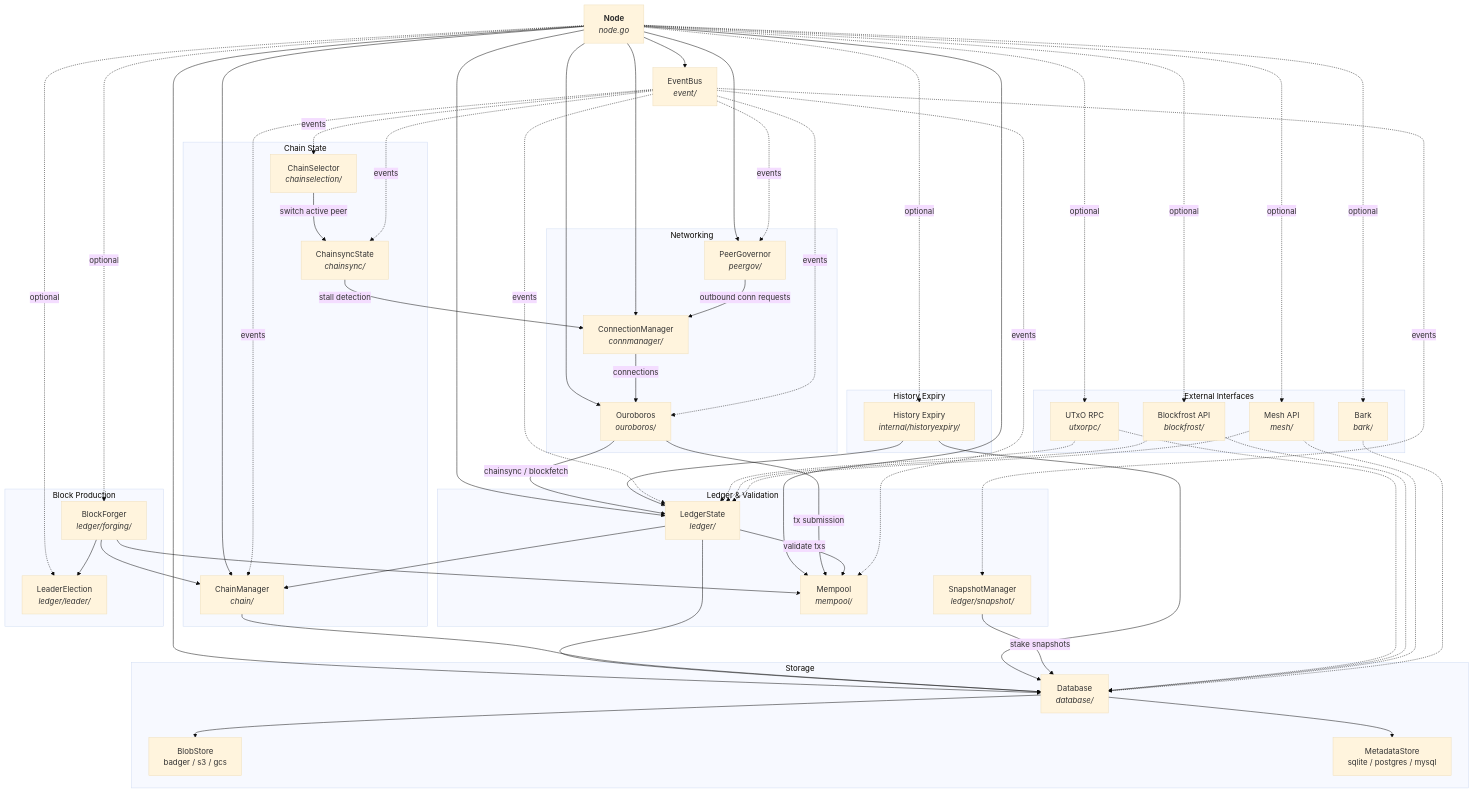
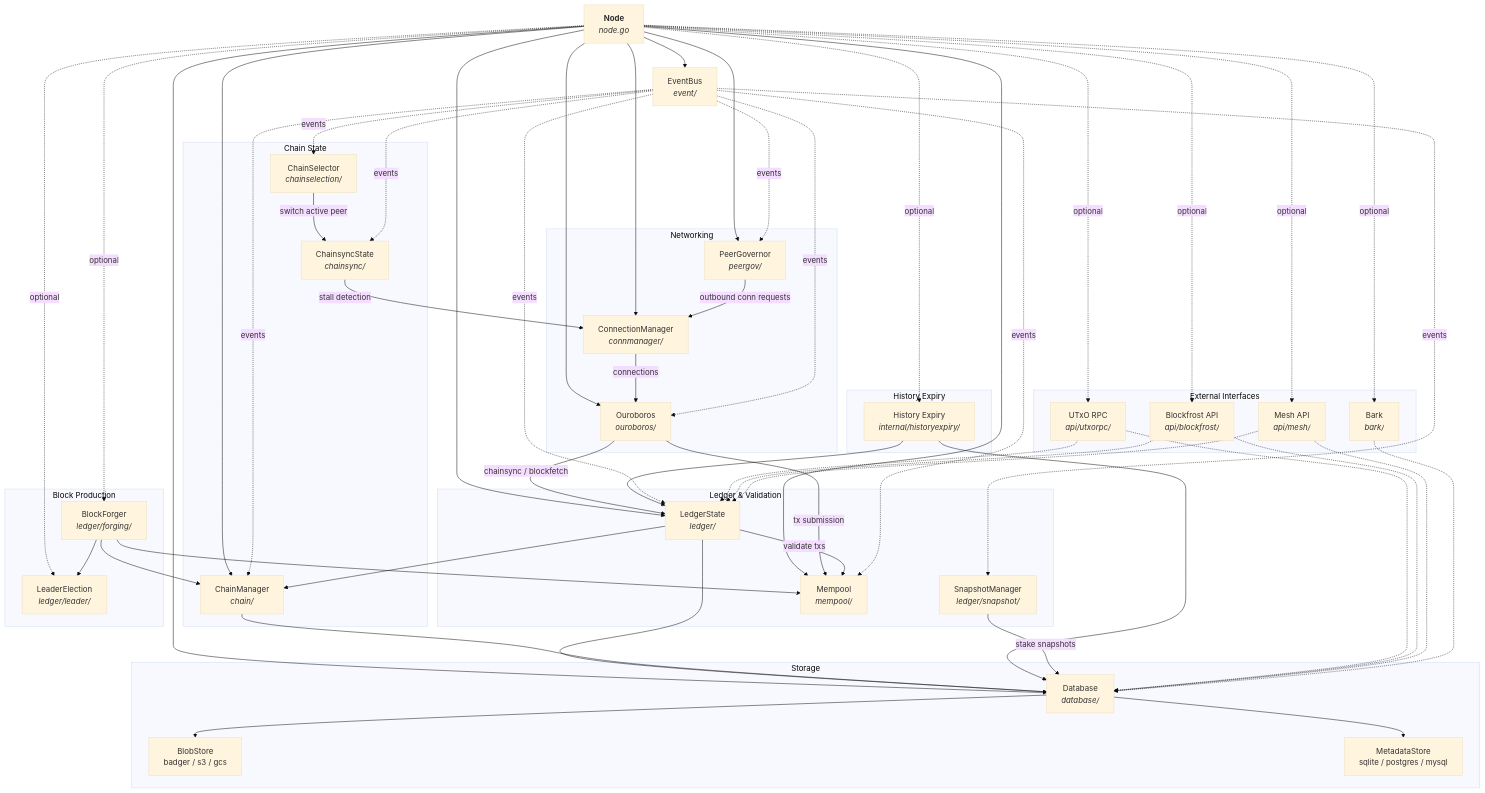
Before and after one commit to blinklabs-io/dingo: the first of 5 diagrams in ARCHITECTURE.md, drawn with Mermaid (base theme). The commit also changed other lines of this file and 43 other files, not shown here.

````diff
--- a/ARCHITECTURE.md
+++ b/ARCHITECTURE.md
@@ -59,67 +59,67 @@
 ```mermaid
 graph TB
     Node["<b>Node</b><br/><i>node.go</i>"]
 
     subgraph Networking
         CM["ConnectionManager<br/><i>connmanager/</i>"]
         PG["PeerGovernor<br/><i>peergov/</i>"]
         OB["Ouroboros<br/><i>ouroboros/</i>"]
     end
 
     subgraph "Chain State"
         ChM["ChainManager<br/><i>chain/</i>"]
         CS["ChainsyncState<br/><i>chainsync/</i>"]
         CSel["ChainSelector<br/><i>chainselection/</i>"]
     end
 
     subgraph "Ledger & Validation"
         LS["LedgerState<br/><i>ledger/</i>"]
         SM["SnapshotManager<br/><i>ledger/snapshot/</i>"]
         MP["Mempool<br/><i>mempool/</i>"]
     end
 
     subgraph "Block Production"
         BF["BlockForger<br/><i>ledger/forging/</i>"]
         LE["LeaderElection<br/><i>ledger/leader/</i>"]
     end
 
     subgraph Storage
         DB["Database<br/><i>database/</i>"]
         Blob["BlobStore<br/>badger / s3 / gcs"]
         Meta["MetadataStore<br/>sqlite / postgres / mysql"]
     end
 
     subgraph "External Interfaces"
-        URPC["UTxO RPC<br/><i>utxorpc/</i>"]
-        BFA["Blockfrost API<br/><i>blockfrost/</i>"]
-        Mesh["Mesh API<br/><i>mesh/</i>"]
+        URPC["UTxO RPC<br/><i>api/utxorpc/</i>"]
+        BFA["Blockfrost API<br/><i>api/blockfrost/</i>"]
+        Mesh["Mesh API<br/><i>api/mesh/</i>"]
         Bark["Bark<br/><i>bark/</i>"]
     end
 
     subgraph "History Expiry"
         HExpiry["History Expiry<br/><i>internal/historyexpiry/</i>"]
     end
 
     EB["EventBus<br/><i>event/</i>"]
 
     Node --> CM & PG & OB & ChM & LS & MP & DB & EB
     Node -.->|"optional"| BF & LE & URPC & BFA & Mesh & Bark & HExpiry
 
     PG -->|"outbound conn requests"| CM
     CM -->|"connections"| OB
     OB -->|"chainsync / blockfetch"| LS
     OB -->|"tx submission"| MP
     LS --> ChM & DB
     LS -->|"validate txs"| MP
     ChM --> DB
     DB --> Blob & Meta
     HExpiry --> LS & DB
     BF --> LE & MP & ChM
     SM -->|"stake snapshots"| DB
     CSel -->|"switch active peer"| CS
     CS -->|"stall detection"| CM
 
     EB -.->|"events"| LS & ChM & CS & CSel & PG & SM & OB & MP
     URPC & BFA & Mesh -.-> LS & DB
     Bark -.-> DB
 ```
````
